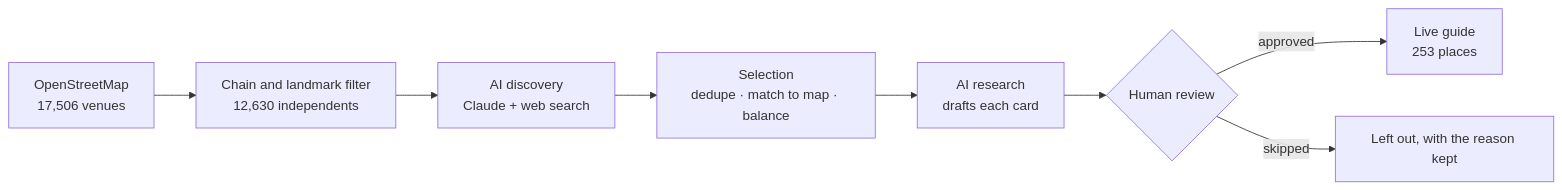
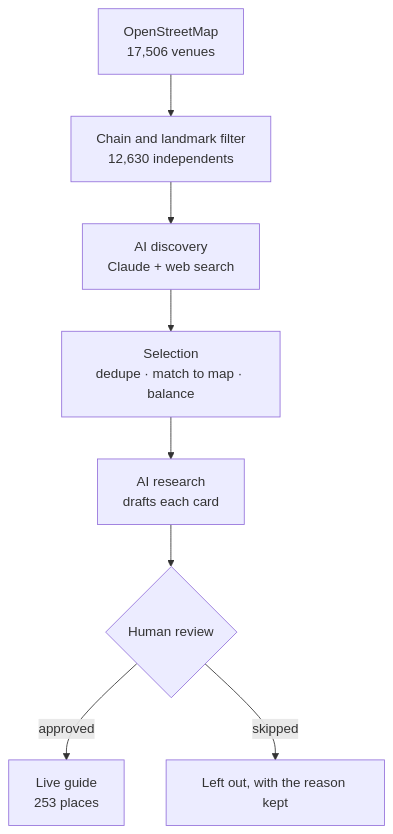
One commit to lautbzehn/the-unlisted changed the first of 2 diagrams in README.md. Above: the diagram before and after it, drawn with Mermaid.

Commit message:
README: run the pipeline diagram top to bottom so it reads at GitHub width

````diff
--- a/README.md
+++ b/README.md
@@ -57,10 +57,10 @@
 ```mermaid
-flowchart LR
+flowchart TB
   OSM["OpenStreetMap<br/>17,506 venues"] --> F["Chain and landmark filter<br/>12,630 independents"]
   F --> D["AI discovery<br/>Claude + web search"]
   D --> S["Selection<br/>dedupe · match to map · balance"]
   S --> R["AI research<br/>drafts each card"]
   R --> H{"Human review"}
   H -- approved --> L["Live guide<br/>253 places"]
   H -- skipped --> X["Left out, with the reason kept"]
 ```
````
